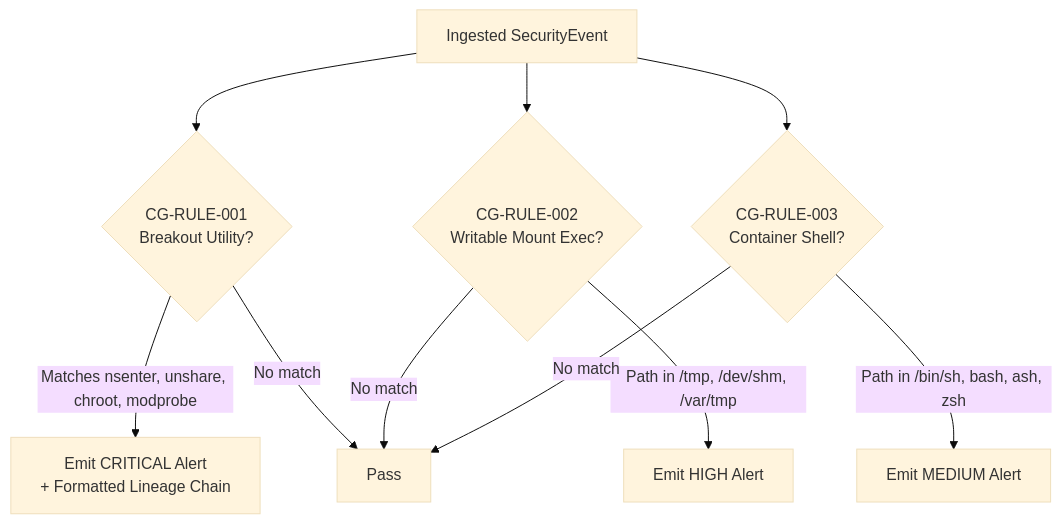
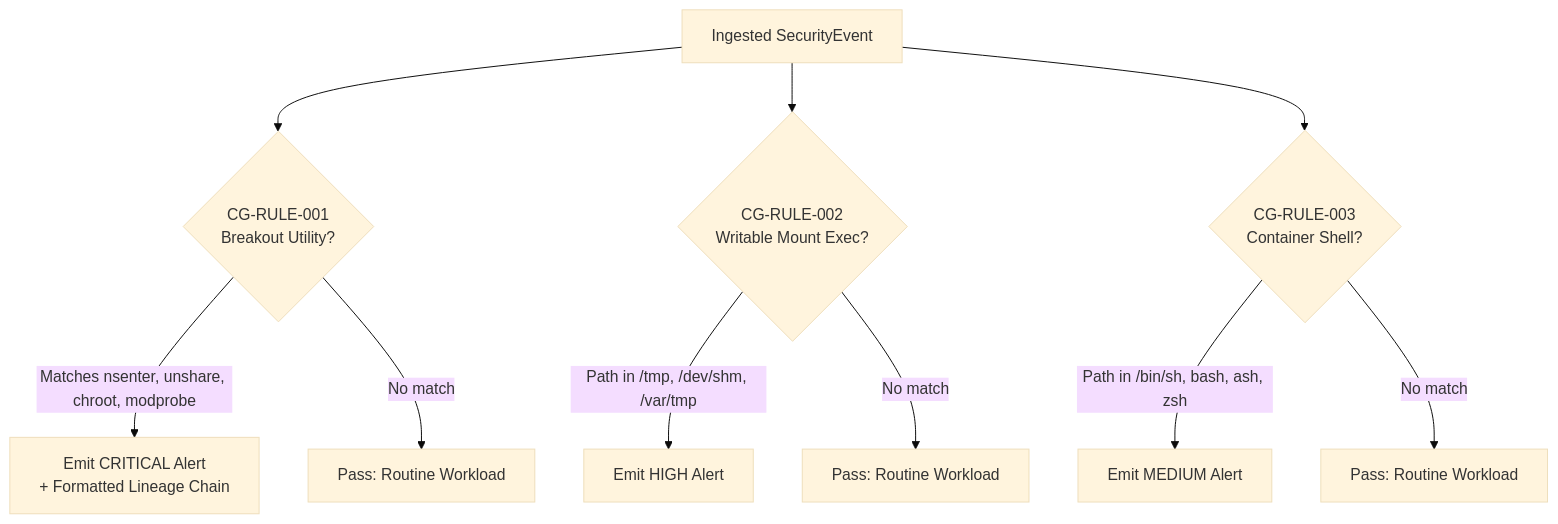
Before and after one commit to ramKarthik57/containerguard: the seventh of 7 diagrams in README.md, drawn with Mermaid (base theme). The commit also changed other lines of this file and 2 other files, not shown here.

Commit message:
docs(audit): fix README mermaid diagrams, fail-closed cgroup creation, and lifecycle cleanup tracking

````diff
--- a/README.md
+++ b/README.md
@@ -410,14 +410,14 @@
 ```mermaid
 flowchart TD
     EV["Ingested SecurityEvent"] --> R1{"CG-RULE-001<br/>Breakout Utility?"}
     EV --> R2{"CG-RULE-002<br/>Writable Mount Exec?"}
     EV --> R3{"CG-RULE-003<br/>Container Shell?"}
 
     R1 -->|Matches nsenter, unshare, chroot, modprobe| A1["Emit CRITICAL Alert<br/>+ Formatted Lineage Chain"]
     R2 -->|Path in /tmp, /dev/shm, /var/tmp| A2["Emit HIGH Alert"]
     R3 -->|Path in /bin/sh, bash, ash, zsh| A3["Emit MEDIUM Alert"]
 
-    R1 -->|No match| PASS["Pass"]
-    R2 -->|No match| PASS
-    R3 -->|No match| PASS
+    R1 -->|No match| P1["Pass: Routine Workload"]
+    R2 -->|No match| P2["Pass: Routine Workload"]
+    R3 -->|No match| P3["Pass: Routine Workload"]
 ```
````
